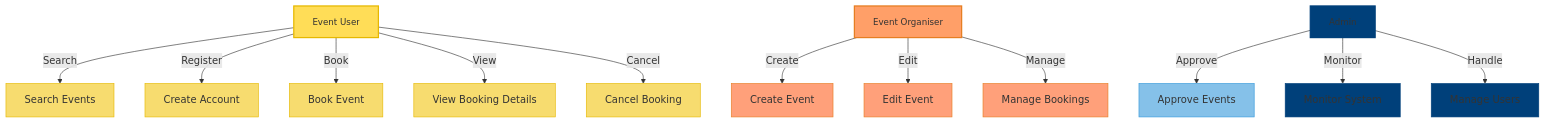
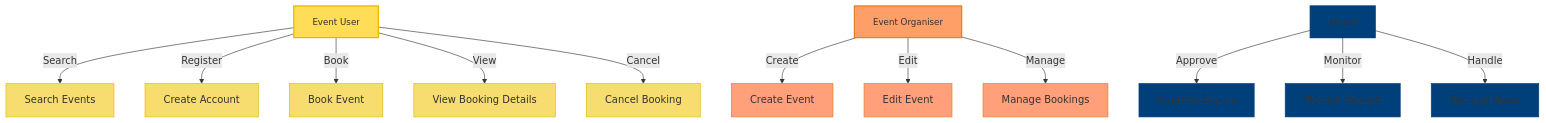
One commit to celeste-smith/event-booking-system changed the diagram in USE-CASE-DIAGRAM.md. Above: the diagram before and after it, drawn with Mermaid.

Commit message:
Update USE-CASE-DIAGRAM.md
4th update

````diff
--- a/USE-CASE-DIAGRAM.md
+++ b/USE-CASE-DIAGRAM.md
@@ -4,35 +4,35 @@
 ```mermaid
 graph TD;
     A[Event User] -->|Search| B[Search Events];
     A -->|Register| C[Create Account];
     A -->|Book| D[Book Event];
     A -->|View| E[View Booking Details];
     A -->|Cancel| F[Cancel Booking];
     
     G[Event Organiser] -->|Create| H[Create Event];
     G -->|Edit| I[Edit Event];
     G -->|Manage| J[Manage Bookings];
     
     K[Admin] -->|Approve| L[Approve Events];
     K -->|Monitor| M[Monitor System];
     K -->|Handle| N[Manage Users];
 
     %% Styling
     style A fill:#FFDD57,stroke:#E6B800,stroke-width:2px,font-size:14px;
     style G fill:#FF9F68,stroke:#E67E22,stroke-width:2px,font-size:14px;
     style K fill:#00407a,stroke:#00407a,stroke-width:2px,font-size:14px;
 
     style B fill:#F7DC6F,stroke:#E6B800;
     style C fill:#F7DC6F,stroke:#E6B800;
     style D fill:#F7DC6F,stroke:#E6B800;
     style E fill:#F7DC6F,stroke:#E6B800;
     style F fill:#F7DC6F,stroke:#E6B800;
 
     style H fill:#FFA07A,stroke:#E67E22;
     style I fill:#FFA07A,stroke:#E67E22;
     style J fill:#FFA07A,stroke:#E67E22;
 
-    style L fill:#85C1E9,stroke:#3498DB;
+    style L fill:#00407a,stroke:#00407a;
     style M fill:#00407a,stroke:#00407a;
     style N fill:#00407a,stroke:#00407a;
 ```
````
